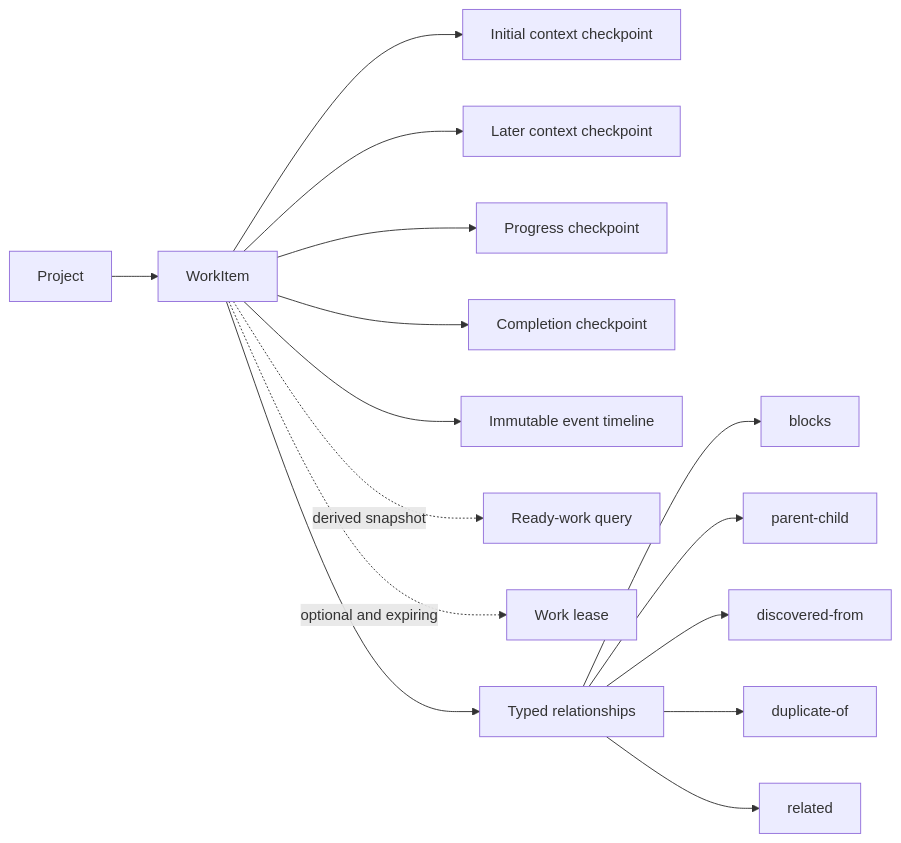
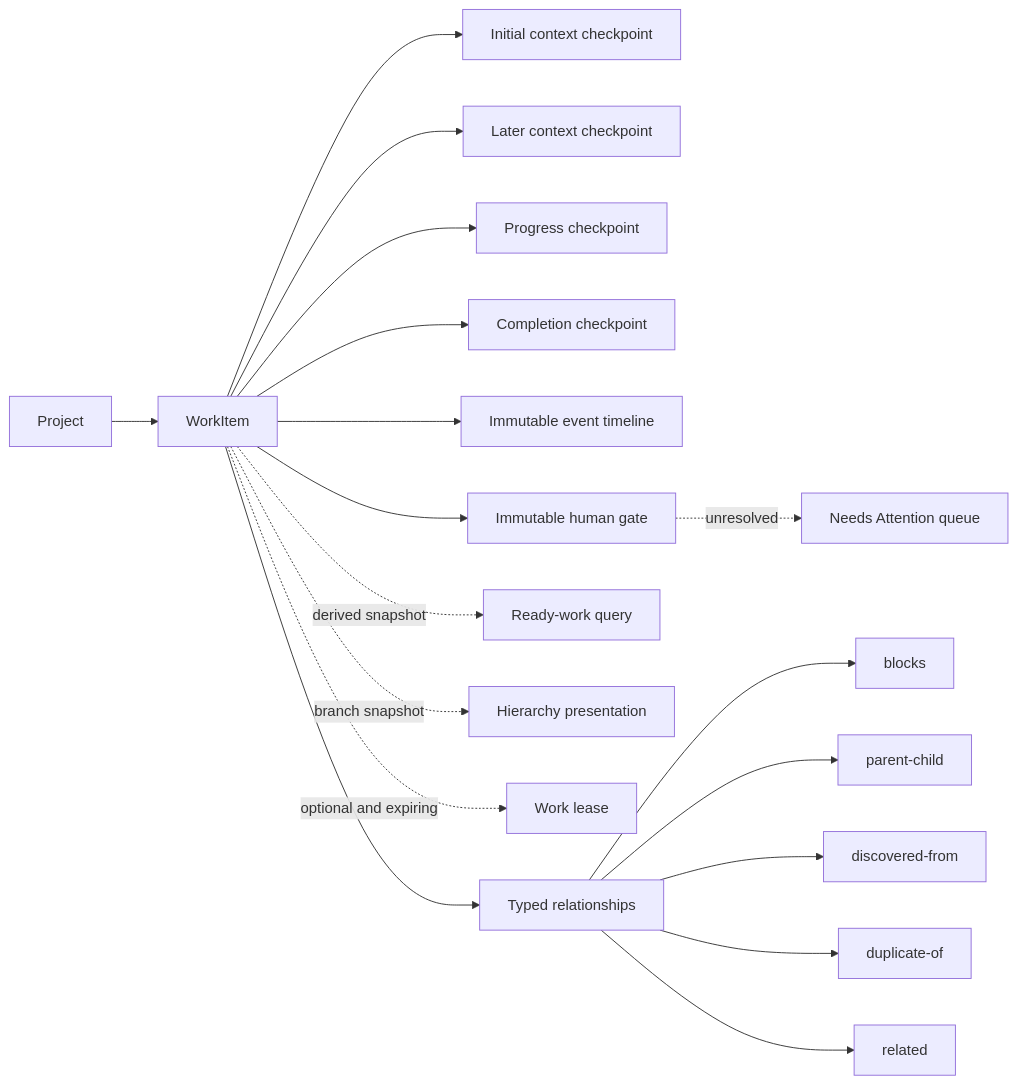
Before and after one commit to RightBrain-Networks/mnemonic: the first of 2 diagrams in docs/architecture.md, drawn with Mermaid. The commit also changed other lines of this file and 93 other files, not shown here.

Commit message:
Implement human gates and hierarchical presentation

````diff
--- a/docs/architecture.md
+++ b/docs/architecture.md
@@ -14,17 +14,20 @@
 ```mermaid
 flowchart LR
     Project --> WorkItem
     WorkItem --> Initial[Initial context checkpoint]
     WorkItem --> Context[Later context checkpoint]
     WorkItem --> Progress[Progress checkpoint]
     WorkItem --> Completion[Completion checkpoint]
     WorkItem --> Event[Immutable event timeline]
+    WorkItem --> Gate[Immutable human gate]
+    Gate -. unresolved .-> Attention[Needs Attention queue]
     WorkItem -. derived snapshot .-> Ready[Ready-work query]
+    WorkItem -. branch snapshot .-> Presentation[Hierarchy presentation]
     WorkItem -. optional and expiring .-> Lease[Work lease]
     WorkItem --> Graph[Typed relationships]
     Graph --> Blocks[blocks]
     Graph --> Parent[parent-child]
     Graph --> Discovery[discovered-from]
     Graph --> Duplicate[duplicate-of]
     Graph --> Related[related]
 ```
````
